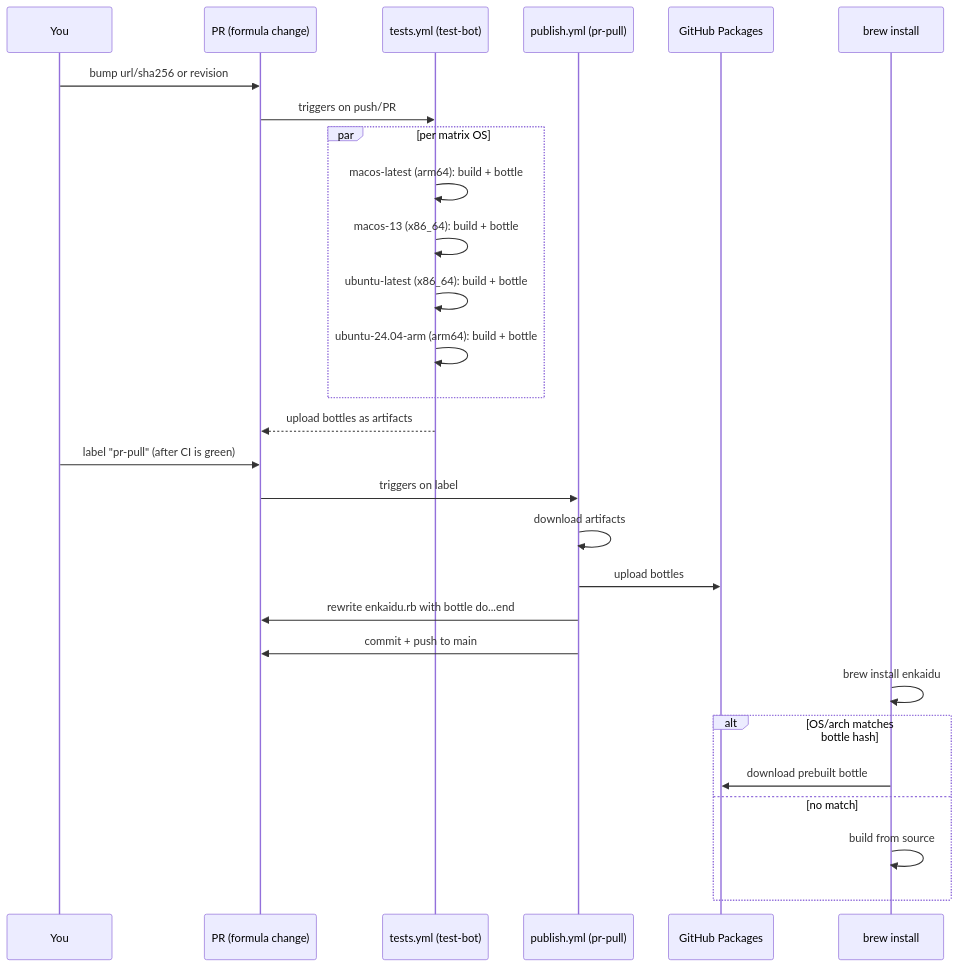
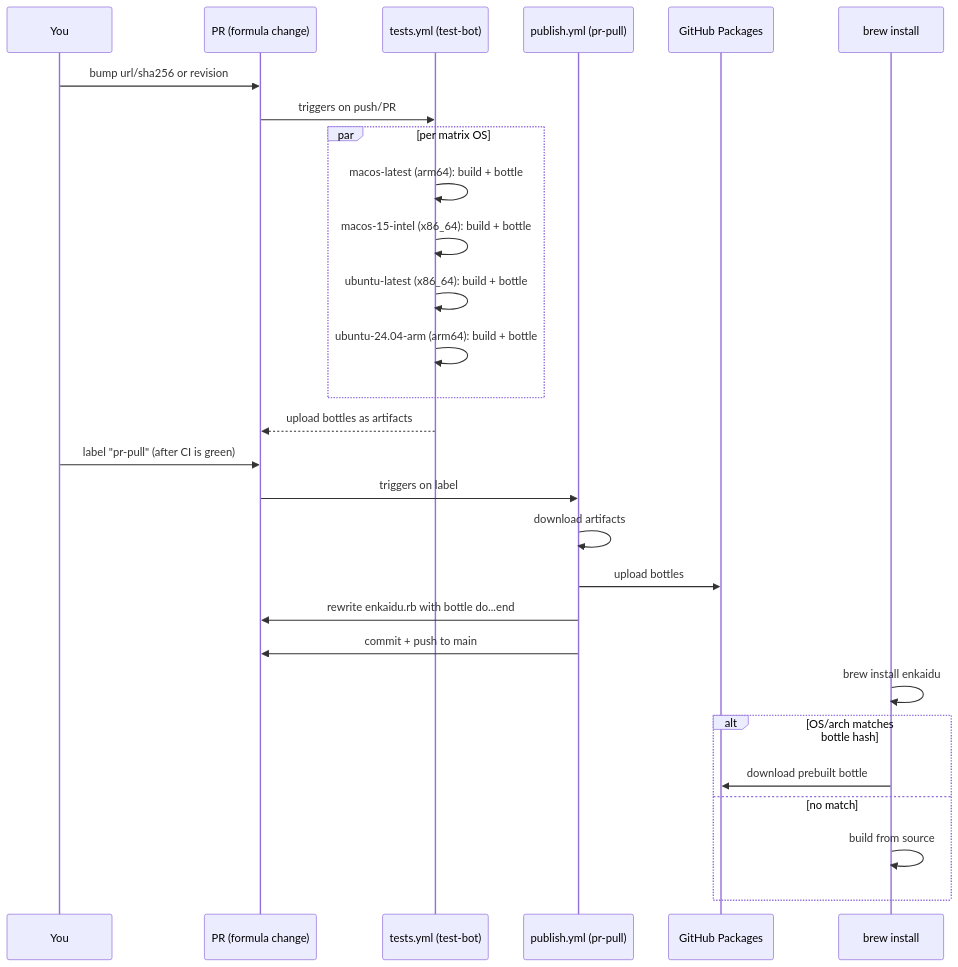
The diagram in README.md (enkaidu-dev/homebrew-tap), drawn with Mermaid before and after one commit. The commit also changed other lines of this file, not shown here.

````diff
--- a/README.md
+++ b/README.md
@@ -60,33 +60,33 @@
 ```mermaid
 sequenceDiagram
     participant You
     participant PR as PR (formula change)
     participant CI as tests.yml (test-bot)
     participant Pub as publish.yml (pr-pull)
     participant GHP as GitHub Packages
     participant User as brew install
 
     You->>PR: bump url/sha256 or revision
     PR->>CI: triggers on push/PR
     par per matrix OS
         CI->>CI: macos-latest (arm64): build + bottle
-        CI->>CI: macos-13 (x86_64): build + bottle
+        CI->>CI: macos-15-intel (x86_64): build + bottle
         CI->>CI: ubuntu-latest (x86_64): build + bottle
         CI->>CI: ubuntu-24.04-arm (arm64): build + bottle
     end
     CI-->>PR: upload bottles as artifacts
 
     You->>PR: label "pr-pull" (after CI is green)
     PR->>Pub: triggers on label
     Pub->>Pub: download artifacts
     Pub->>GHP: upload bottles
     Pub->>PR: rewrite enkaidu.rb with bottle do...end
     Pub->>PR: commit + push to main
 
     User->>User: brew install enkaidu
     alt OS/arch matches bottle hash
         User->>GHP: download prebuilt bottle
     else no match
         User->>User: build from source
     end
 ```
````
